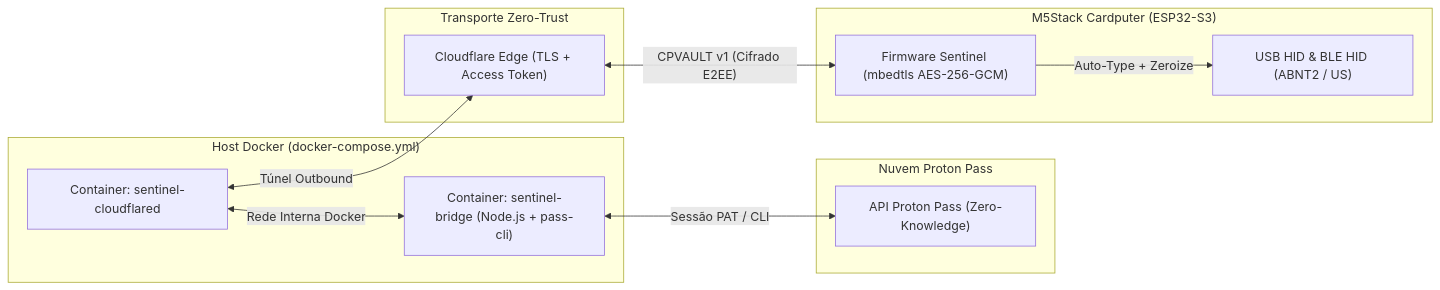
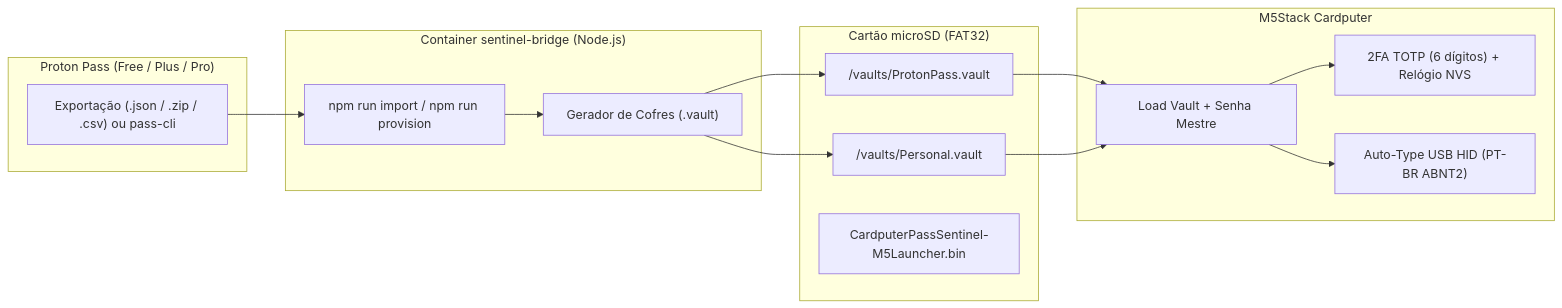
Before and after one commit to Fox13g/m5-protonpass: the diagram in README.md, drawn with Mermaid. The commit also changed other lines of this file and 123 other files, not shown here.

Commit message:
feat: align firmware with geo-tp/Password-Manager, add Proton Pass .vault generator & 2FA TOTP clock

````diff
--- a/README.md
+++ b/README.md
@@ -24,25 +30,27 @@
 ```mermaid
 flowchart LR
-    subgraph ProtonCloud["Nuvem Proton Pass"]
-        PP["API Proton Pass (Zero-Knowledge)"]
+    subgraph Proton["Proton Pass (Free / Plus / Pro)"]
+        EXP["Exportação (.json / .zip / .csv) ou pass-cli"]
     end
 
-    subgraph DockerHost["Host Docker (docker-compose.yml)"]
-        BG["Container: sentinel-bridge (Node.js + pass-cli)"]
-        CF["Container: sentinel-cloudflared"]
-        BG <-->|"Sessão PAT / CLI"| PP
-        CF <-->|"Rede Interna Docker"| BG
+    subgraph Docker["Container sentinel-bridge (Node.js)"]
+        IMP["npm run import / npm run provision"]
+        VLT["Gerador de Cofres (.vault)"]
+        EXP --> IMP --> VLT
     end
 
-    subgraph Edge["Transporte Zero-Trust"]
-        CFE["Cloudflare Edge (TLS + Access Token)"]
-        CF <-->|"Túnel Outbound"| CFE
+    subgraph SD["Cartão microSD (FAT32)"]
+        F1["/vaults/ProtonPass.vault"]
+        F2["/vaults/Personal.vault"]
+        BIN["CardputerPassSentinel-M5Launcher.bin"]
+        VLT --> F1 & F2
     end
 
-    subgraph Cardputer["M5Stack Cardputer (ESP32-S3)"]
-        FW["Firmware Sentinel (mbedtls AES-256-GCM)"]
-        HID["USB HID & BLE HID (ABNT2 / US)"]
-        CFE <-->|"CPVAULT v1 (Cifrado E2EE)"| FW
-        FW -->|"Auto-Type + Zeroize"| HID
+    subgraph Cardputer["M5Stack Cardputer"]
+        UI["Load Vault + Senha Mestre"]
+        TOTP["2FA TOTP (6 dígitos) + Relógio NVS"]
+        HID["Auto-Type USB HID (PT-BR ABNT2)"]
+        F1 & F2 --> UI
+        UI --> TOTP & HID
     end
 ```
````
